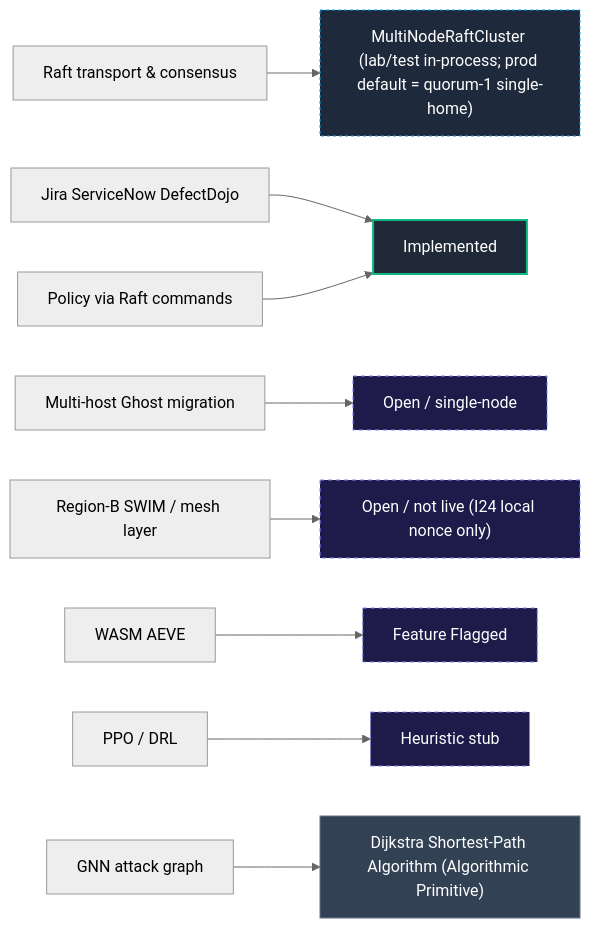
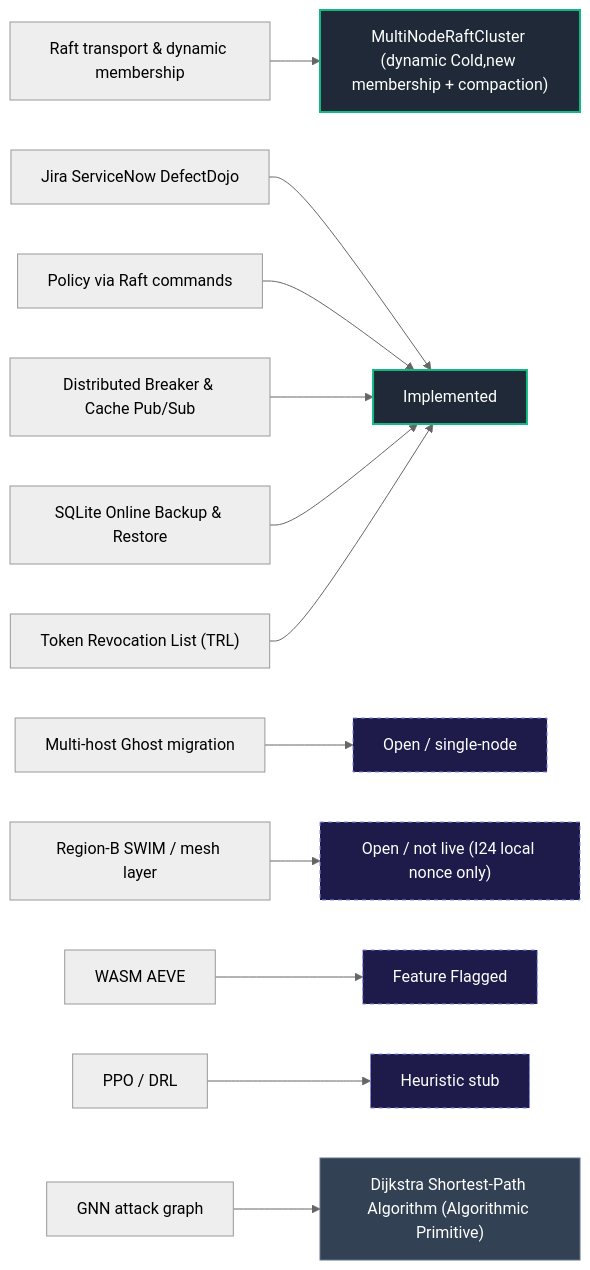
Before and after one commit to AviralGup7/Singularity-Zero: diagram 14 of 16 in docs/flowchart.md, drawn with Mermaid (neutral theme). The commit also changed other lines of this file and 30 other files, not shown here.

First line of the commit message:
feat: implement Category 1 and Category 3 architectural enhancements and update Flowchart Atlas

````diff
--- a/docs/flowchart.md
+++ b/docs/flowchart.md
@@ -1250,18 +1401,21 @@
 ```mermaid
 flowchart LR
     classDef impl fill:#1f2937,stroke:#10b981,stroke-width:2px,color:#fff;
     classDef singleNode fill:#1e293b,stroke:#0ea5e9,stroke-width:1px,stroke-dasharray:3 3,color:#fff;
     classDef library fill:#334155,stroke:#64748b,stroke-width:1px,color:#fff;
     classDef specOnly fill:#1e1b4b,stroke:#818cf8,stroke-width:1px,stroke-dasharray:4 4,color:#fff;
     classDef vacuous fill:#27272a,stroke:#71717a,stroke-width:1px,color:#a1a1aa;
     classDef forbidden fill:#450a0a,stroke:#ef4444,stroke-width:2px,color:#fca5a5;
 
-    Raft["Raft transport & consensus"] --> ImplCluster["MultiNodeRaftCluster (lab/test in-process; prod default = quorum-1 single-home)"]:::singleNode
+    Raft["Raft transport & dynamic membership"] --> ImplCluster["MultiNodeRaftCluster (dynamic Cold,new membership + compaction)"]:::impl
     Tickets["Jira ServiceNow DefectDojo"] --> Impl["Implemented"]:::impl
     Policy["Policy via Raft commands"] --> Impl
+    DistBreaker["Distributed Breaker & Cache Pub/Sub"] --> Impl
+    OnlineBackup["SQLite Online Backup & Restore"] --> Impl
+    TRL["Token Revocation List (TRL)"] --> Impl
     Ghost["Multi-host Ghost migration"] --> Open["Open / single-node"]:::specOnly
     MeshB["Region-B SWIM / mesh layer"] --> OpenMesh["Open / not live (I24 local nonce only)"]:::specOnly
     WASM["WASM AEVE"] --> Flag["Feature Flagged"]:::specOnly
     PPO["PPO / DRL"] --> Heur["Heuristic stub"]:::specOnly
     GNN["GNN attack graph"] --> Dijk["Dijkstra Shortest-Path Algorithm (Algorithmic Primitive)"]:::library
 ```
````
